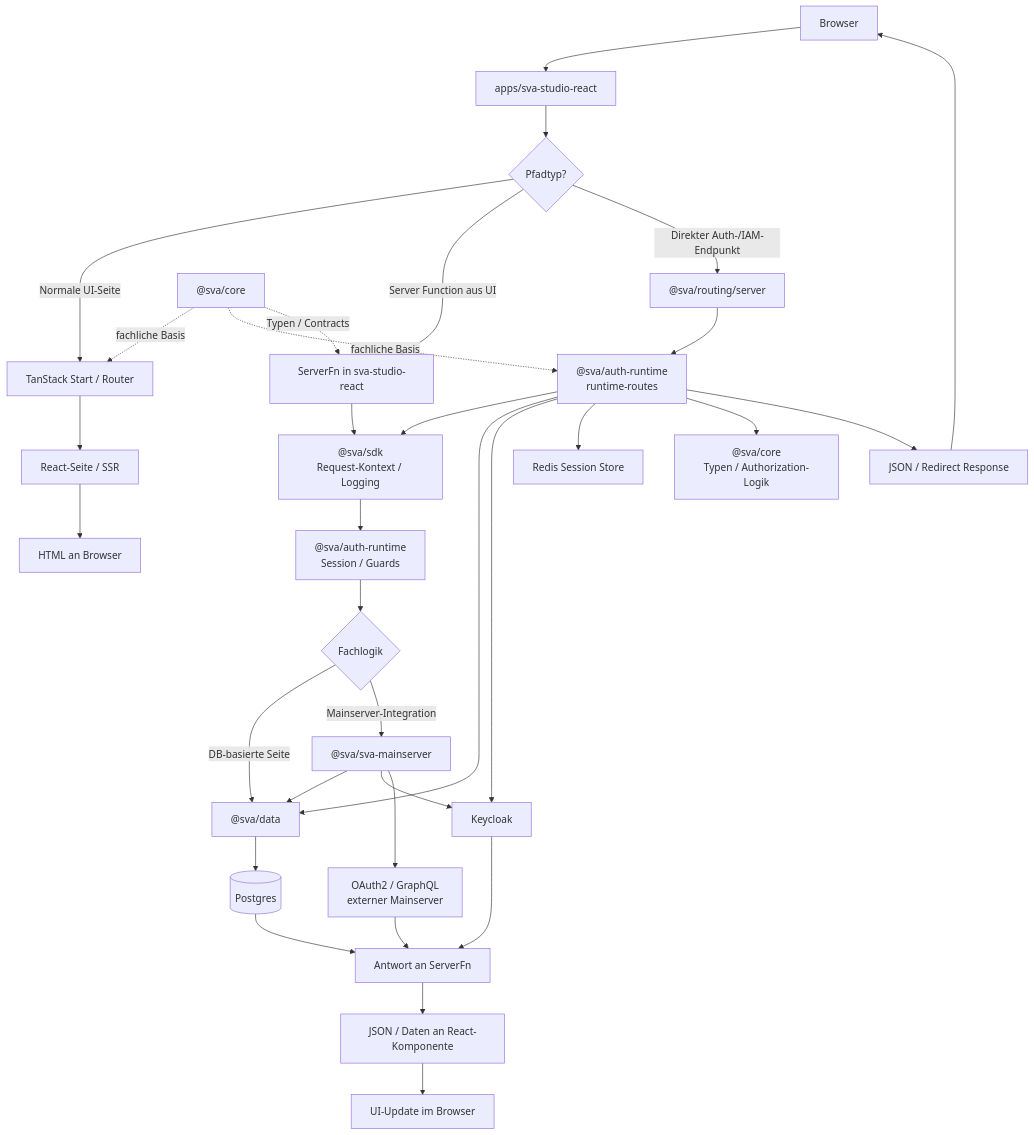
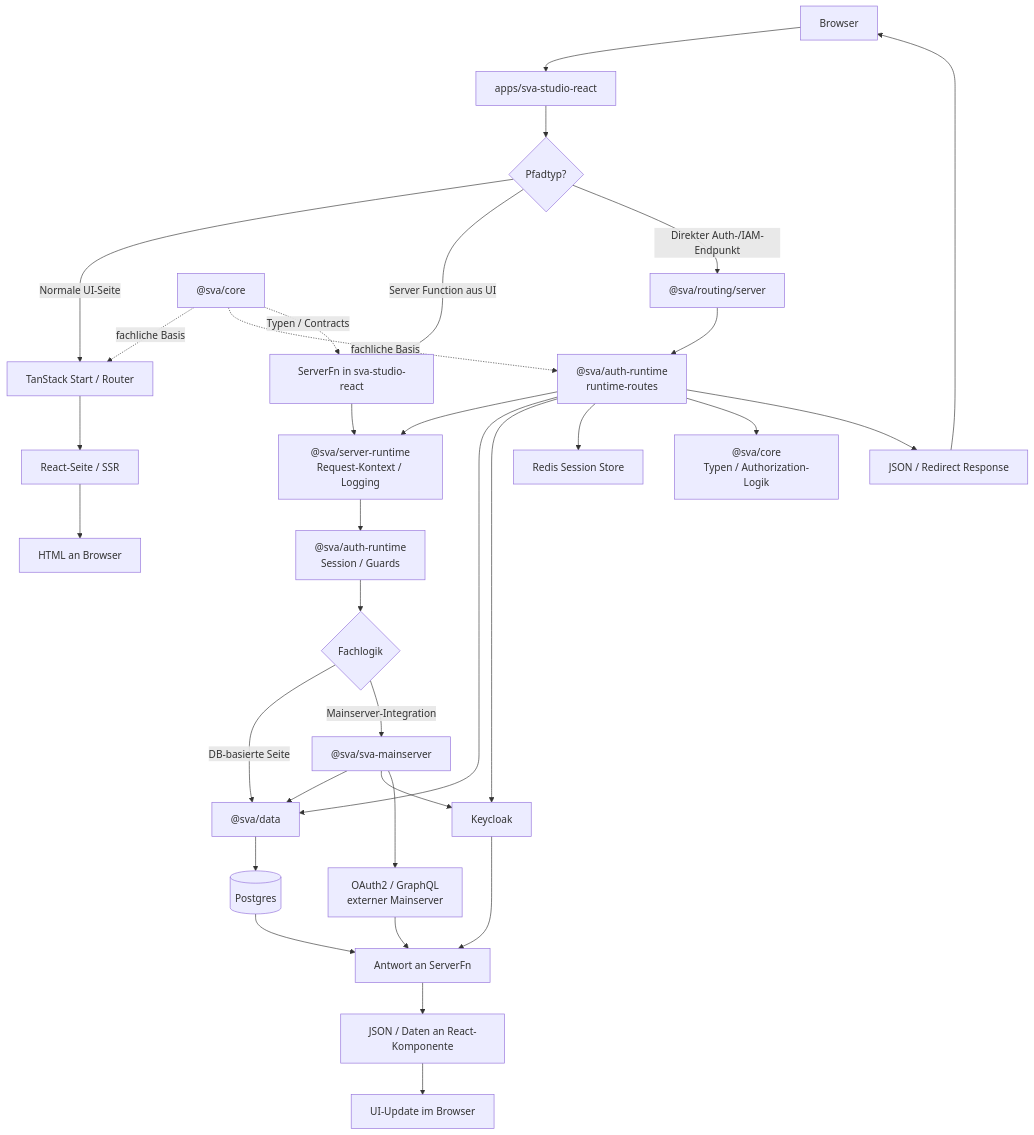
One commit to smart-village-solutions/sva-studio changed the diagram in docs/architecture/request-flow-szenarien.md. Above: the diagram before and after it, drawn with Mermaid. The commit also changed other lines of this file and 128 other files, not shown here.

````diff
--- a/docs/architecture/request-flow-szenarien.md
+++ b/docs/architecture/request-flow-szenarien.md
@@ -7,43 +7,43 @@
 ```mermaid
 flowchart TD
     A["Browser"] --> B["apps/sva-studio-react"]
 
     B --> C{Pfadtyp?}
 
     C -->|Normale UI-Seite| D["TanStack Start / Router"]
     D --> E["React-Seite / SSR"]
     E --> F["HTML an Browser"]
 
     C -->|Server Function aus UI| G["ServerFn in sva-studio-react"]
-    G --> H["@sva/sdk\nRequest-Kontext / Logging"]
+    G --> H["@sva/server-runtime\nRequest-Kontext / Logging"]
     H --> I["@sva/auth-runtime\nSession / Guards"]
     I --> J{"Fachlogik"}
 
     J -->|DB-basierte Seite| K["@sva/data"]
     K --> L[("Postgres")]
 
     J -->|Mainserver-Integration| M["@sva/sva-mainserver"]
     M --> K
     M --> N[Keycloak]
     M --> O["OAuth2 / GraphQL\nexterner Mainserver"]
 
     L --> P["Antwort an ServerFn"]
     N --> P
     O --> P
     P --> Q["JSON / Daten an React-Komponente"]
     Q --> R["UI-Update im Browser"]
 
     C -->|Direkter Auth-/IAM-Endpunkt| S["@sva/routing/server"]
     S --> T["@sva/auth-runtime\nruntime-routes"]
     T --> H
     T --> K
     T --> N
     T --> U["Redis Session Store"]
     T --> V["@sva/core\nTypen / Authorization-Logik"]
     T --> W["JSON / Redirect Response"]
     W --> A
 
     X["@sva/core"] -. fachliche Basis .-> D
     X -. fachliche Basis .-> T
     X -. Typen / Contracts .-> G
 ```
````
